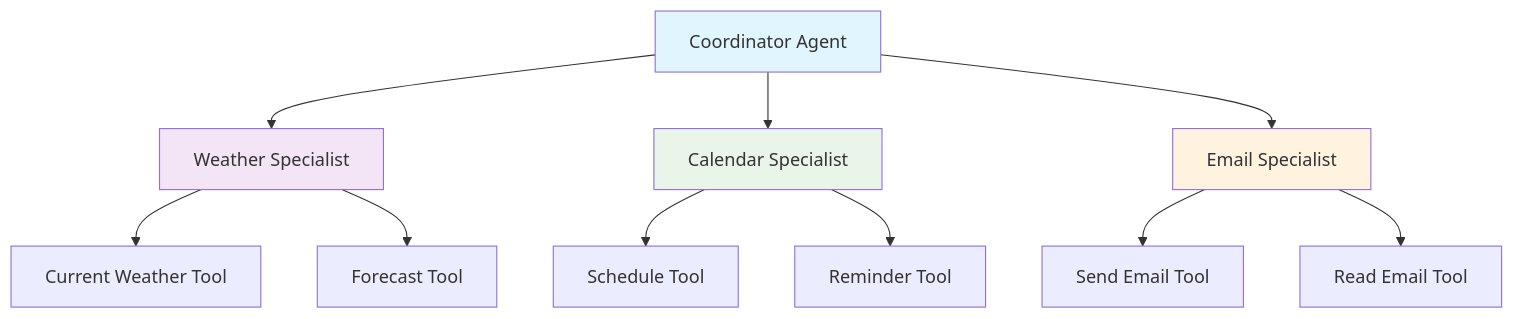
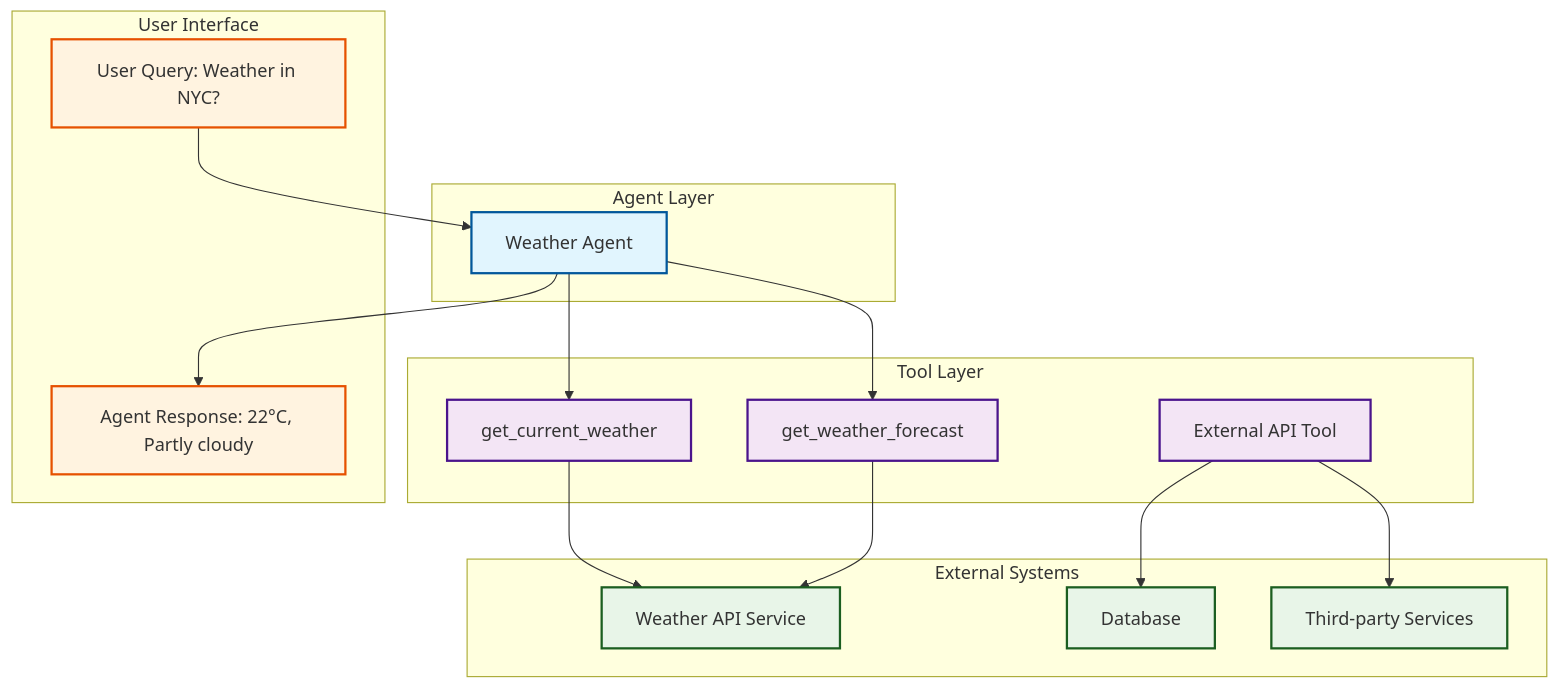
One commit to raphaelmansuy/tutorials changed the fourth of 7 diagrams in 29_adk_simple_tutorial.md. Above: the diagram before and after it, drawn with Mermaid. The commit also changed other lines of this file, not shown here.

Commit message:
Implement feature X to enhance user experience and optimize performance

````diff
--- a/29_adk_simple_tutorial.md
+++ b/29_adk_simple_tutorial.md
@@ -396,20 +256,41 @@
 ```mermaid
-graph TD
-    A[Coordinator Agent] --> B[Weather Specialist]
-    A --> C[Calendar Specialist]
-    A --> D[Email Specialist]
-
-    B --> E[Current Weather Tool]
-    B --> F[Forecast Tool]
-
-    C --> G[Schedule Tool]
-    C --> H[Reminder Tool]
-
-    D --> I[Send Email Tool]
-    D --> J[Read Email Tool]
-
-    style A fill:#e1f5fe
-    style B fill:#f3e5f5
-    style C fill:#e8f5e8
-    style D fill:#fff3e0
+flowchart TB
+    subgraph "Agent Layer"
+        A[Weather Agent]
+        style A fill:#e1f5fe,stroke:#01579b,stroke-width:2px
+    end
+    
+    subgraph "Tool Layer" 
+        B[get_current_weather]
+        C[get_weather_forecast]
+        D[External API Tool]
+        style B fill:#f3e5f5,stroke:#4a148c,stroke-width:2px
+        style C fill:#f3e5f5,stroke:#4a148c,stroke-width:2px
+        style D fill:#f3e5f5,stroke:#4a148c,stroke-width:2px
+    end
+    
+    subgraph "External Systems"
+        E[Weather API Service]
+        F[Database]
+        G[Third-party Services]
+        style E fill:#e8f5e8,stroke:#1b5e20,stroke-width:2px
+        style F fill:#e8f5e8,stroke:#1b5e20,stroke-width:2px
+        style G fill:#e8f5e8,stroke:#1b5e20,stroke-width:2px
+    end
+    
+    subgraph "User Interface"
+        H["User Query: Weather in NYC?"]
+        I["Agent Response: 22°C, Partly cloudy"]
+        style H fill:#fff3e0,stroke:#e65100,stroke-width:2px
+        style I fill:#fff3e0,stroke:#e65100,stroke-width:2px
+    end
+    
+    H --> A
+    A --> B
+    A --> C
+    B --> E
+    C --> E
+    D --> F
+    D --> G
+    A --> I
 ```
````
